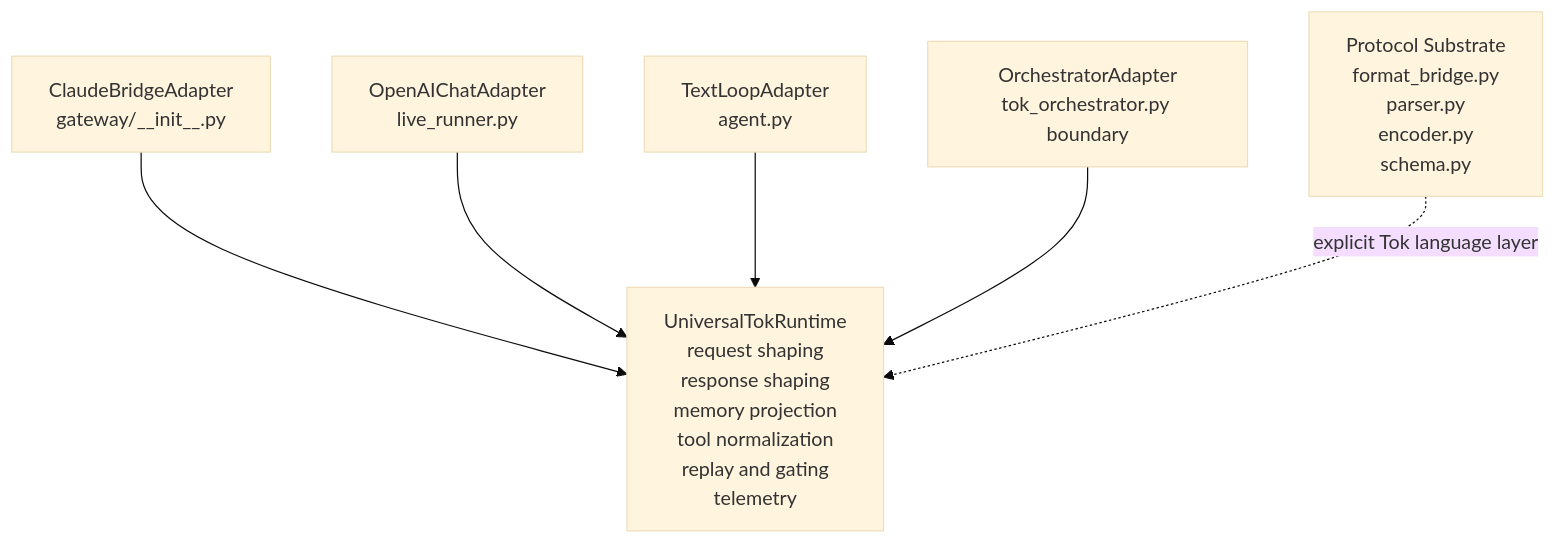
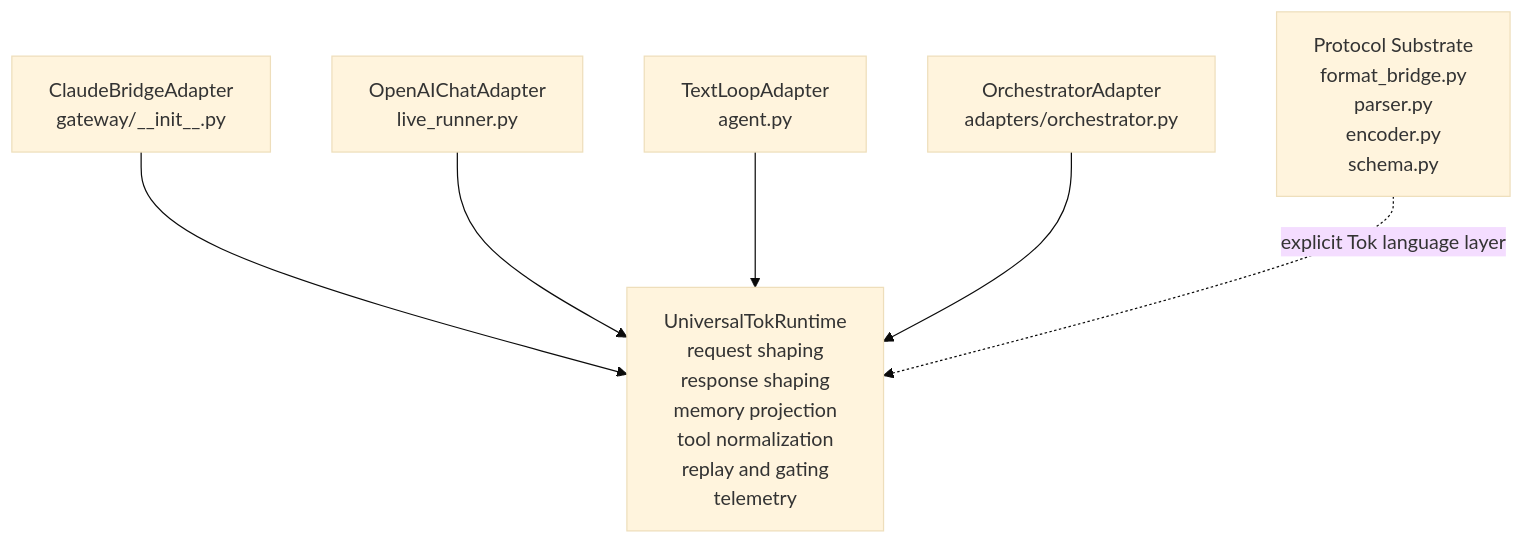
The first of 8 diagrams in docs/architecture-diagrams.md (tokmacher/tok), drawn with Mermaid (base theme) before and after one commit. The commit also changed other lines of this file and 11 other files, not shown here.

Commit message:
feat: introduce release surface manifest, harden bridge request handling, and update internal architecture documentation.

````diff
--- a/docs/architecture-diagrams.md
+++ b/docs/architecture-diagrams.md
@@ -7,16 +7,16 @@
 ```mermaid
 flowchart TB
     RT["UniversalTokRuntime<br/>request shaping<br/>response shaping<br/>memory projection<br/>tool normalization<br/>replay and gating<br/>telemetry"]
 
     CB["ClaudeBridgeAdapter<br/>gateway/__init__.py"]
     OA["OpenAIChatAdapter<br/>live_runner.py"]
     TL["TextLoopAdapter<br/>agent.py"]
-    OR["OrchestratorAdapter<br/>tok_orchestrator.py boundary"]
+    OR["OrchestratorAdapter<br/>adapters/orchestrator.py"]
     PS["Protocol Substrate<br/>format_bridge.py<br/>parser.py<br/>encoder.py<br/>schema.py"]
 
     CB --> RT
     OA --> RT
     TL --> RT
     OR --> RT
     PS -. explicit Tok language layer .-> RT
 ```
````
